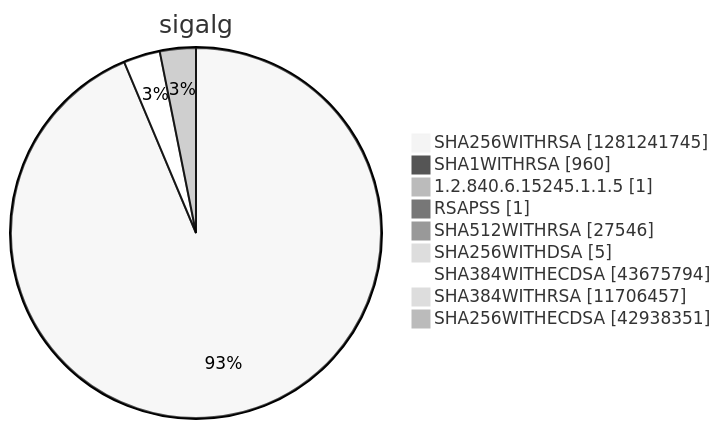
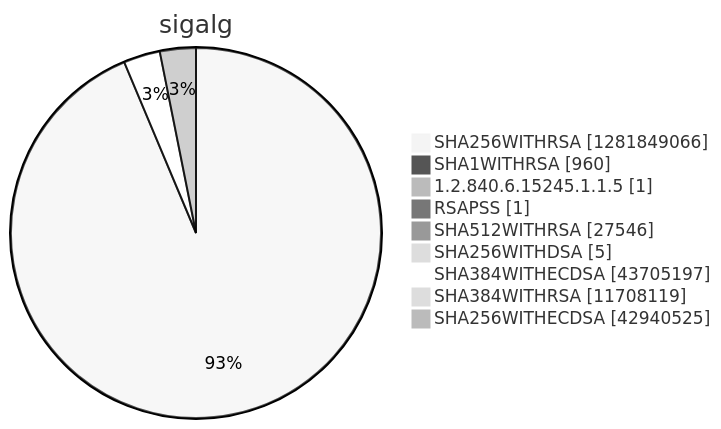
Before and after one commit to christiankrug/ctmonitor_visualization: diagram 15 of 15 in argon2022/README.md, drawn with Mermaid (neutral theme). The commit also changed other lines of this file, not shown here.

````diff
--- a/argon2022/README.md
+++ b/argon2022/README.md
@@ -5523,13 +5523,13 @@
 ```mermaid
 pie showData
 title sigalg
-"SHA256WITHRSA" :1281241745
+"SHA256WITHRSA" :1281849066
 "SHA1WITHRSA" :960
 "1.2.840.6.15245.1.1.5" :1
 "RSAPSS" :1
 "SHA512WITHRSA" :27546
 "SHA256WITHDSA" :5
-"SHA384WITHECDSA" :43675794
-"SHA384WITHRSA" :11706457
-"SHA256WITHECDSA" :42938351
+"SHA384WITHECDSA" :43705197
+"SHA384WITHRSA" :11708119
+"SHA256WITHECDSA" :42940525
 ```
````
